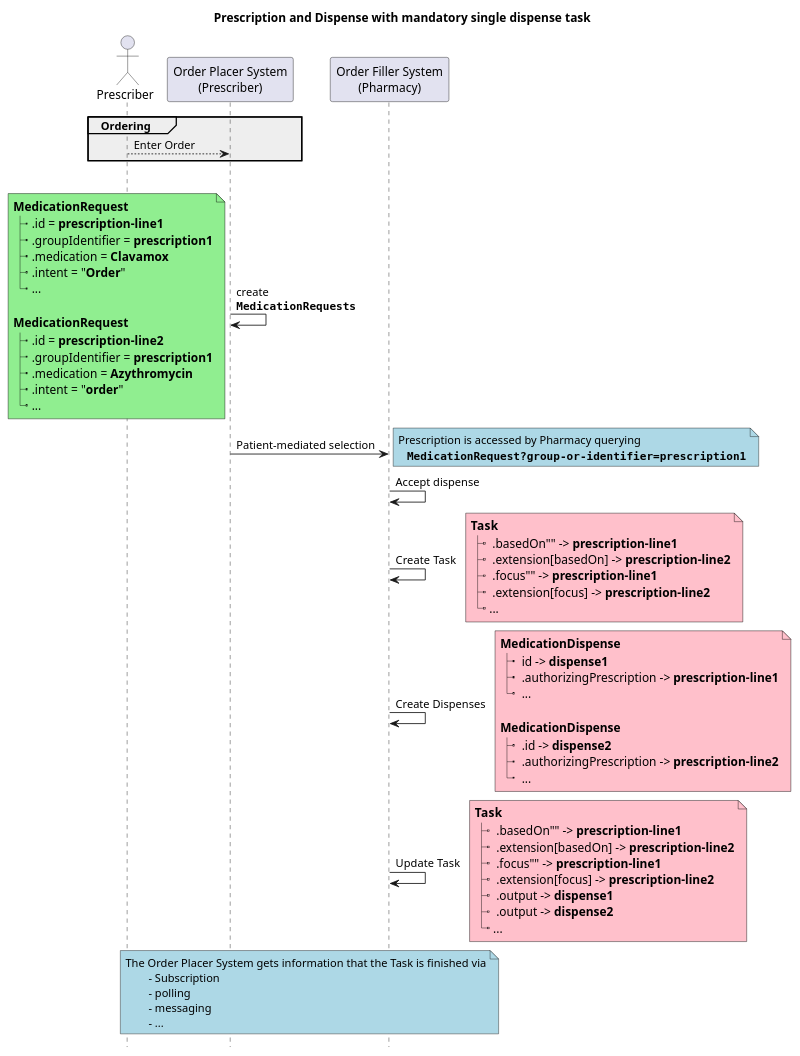
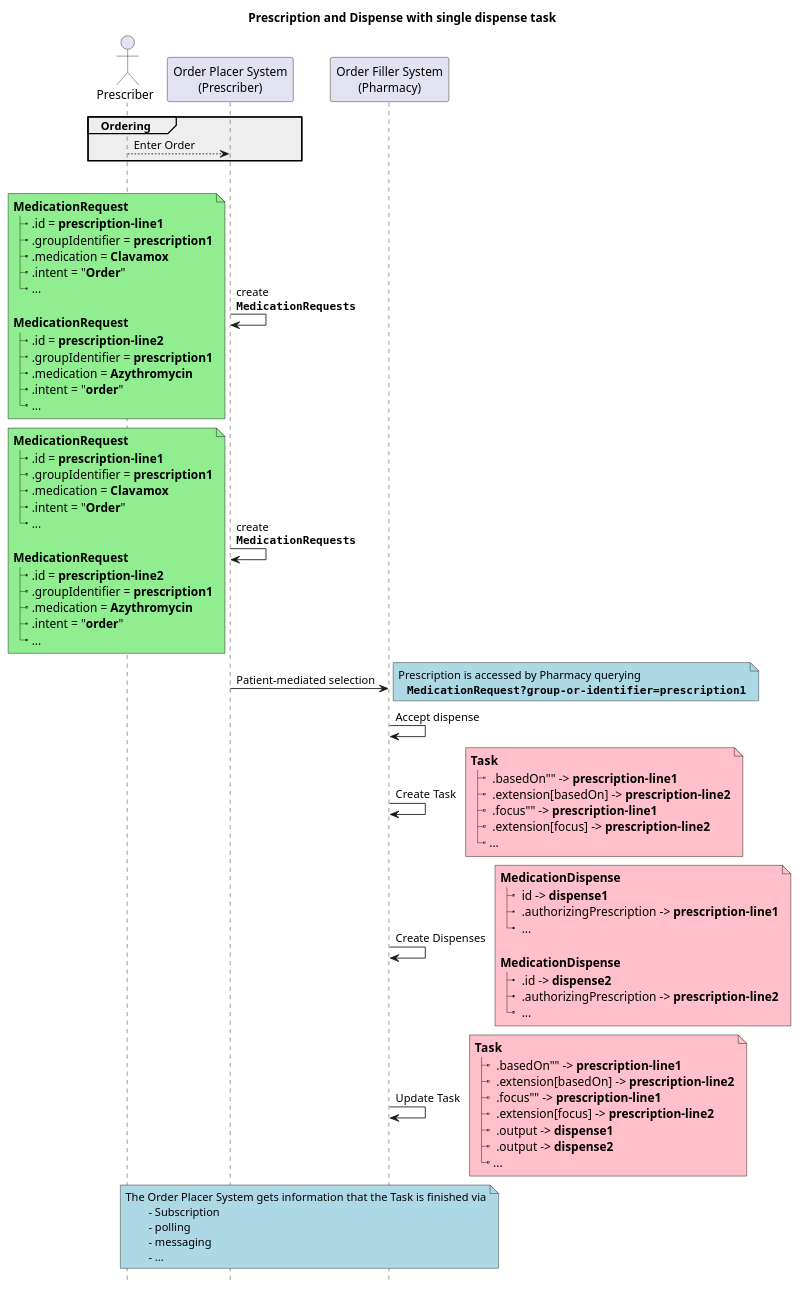
One commit to HL7/fhir-cow-ig changed the diagram in input/images-source/ex4-meds-grouped-dispense.plantuml. Above: the diagram before and after it, drawn with PlantUML. The commit also changed 12 other files, not shown here.

```diff
--- a/input/images-source/ex4-meds-grouped-dispense.plantuml
+++ b/input/images-source/ex4-meds-grouped-dispense.plantuml
@@ -1,106 +1,124 @@
 @startuml
-
+skinparam svgDimensionStyle false
 'skinparam sequenceMessageAlign center
 title 
-	Prescription and Dispense with mandatory single dispense task
+	Prescription and Dispense with single dispense task
 end title
 hide footbox
 
 skinparam Note<<resource>> {
     'BackgroundColor Pink
     FontName Consolas
     FontSize 14
     'FontStyle Bold
     BorderColor Black
 }
 
 
 actor Prescriber as Doc
 participant "Order Placer System\n(Prescriber)" as Placer
 participant "Order Filler System\n(Pharmacy)" as Filler
 
 group #eee Ordering
 Doc --> Placer: Enter Order
 end
 
 group Workflow
+
+Placer -> Placer: create\n**""MedicationRequests""** 
+
+note left <<resource>> #lightgreen
+	**MedicationRequest**
+	|_ .id = **prescription-line1**
+	|_ .groupIdentifier = **prescription1**
+	|_ .medication = **Clavamox**
+	|_ .intent = "**Order**"
+	|_ ...
+
+	**MedicationRequest**
+	|_ .id = **prescription-line2**
+	|_ .groupIdentifier = **prescription1**
+	|_ .medication = **Azythromycin**
+	|_ .intent = "**order**"
+	|_ ...
+end note
 
 Placer -> Placer: create\n**""MedicationRequests""** 
 
 note left <<resource>> #lightgreen
 	**MedicationRequest**
 	|_ .id = **prescription-line1**
 	|_ .groupIdentifier = **prescription1**
 	|_ .medication = **Clavamox**
 	|_ .intent = "**Order**"
 	|_ ...
 
 	**MedicationRequest**
 	|_ .id = **prescription-line2**
 	|_ .groupIdentifier = **prescription1**
 	|_ .medication = **Azythromycin**
 	|_ .intent = "**order**"
 	|_ ...
 end note
 
 
 
 Placer -> Filler: Patient-mediated selection
 
 note right #lightblue
 	Prescription is accessed by Pharmacy querying
     **""MedicationRequest?group-or-identifier=prescription1""**
 end note
 Filler -> Filler: Accept dispense
 
 Filler -> Filler: Create Task
 
 note right <<resource>>#pink
 	**Task**
 	|_  .basedOn"" -> **prescription-line1**
 	|_  .extension[basedOn] -> **prescription-line2**
 	|_  .focus"" -> **prescription-line1**
 	|_  .extension[focus] -> **prescription-line2**
 	|_ ...
 end note 
 
 
 Filler -> Filler: Create Dispenses
 note right <<resource>> #pink
   **MedicationDispense**
   |_  id -> **dispense1**
   |_  .authorizingPrescription -> **prescription-line1**
   |_  ...
 
   **MedicationDispense**
   |_  .id -> **dispense2** 
   |_  .authorizingPrescription -> **prescription-line2**
   |_  ...
 end note 
 
 
 
 Filler -> Filler: Update Task
 
 note right <<resource>>#pink
 	**Task**
 	|_  .basedOn"" -> **prescription-line1**
 	|_  .extension[basedOn] -> **prescription-line2**
 	|_  .focus"" -> **prescription-line1**
 	|_  .extension[focus] -> **prescription-line2**
 	|_  .output -> **dispense1**
 	|_  .output -> **dispense2**
 	|_ ...
 end note 
 
 
 note over Placer, Filler #lightblue
 	The Order Placer System gets information that the Task is finished via
 		- Subscription
 		- polling
 		- messaging
 		- ...
 end note
 
 
 @enduml
```
